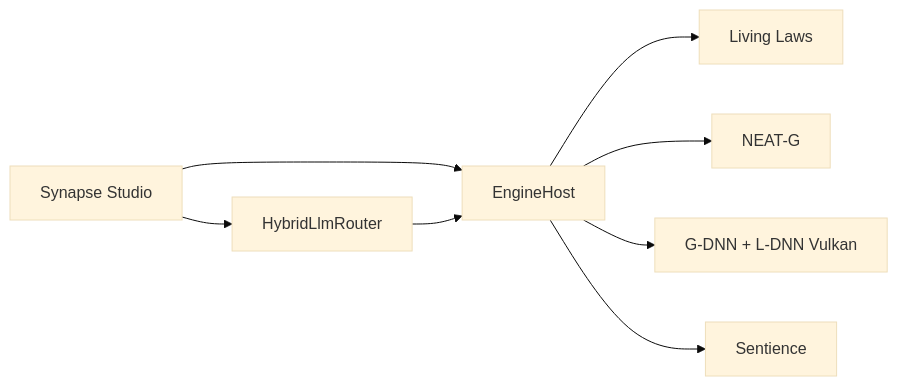
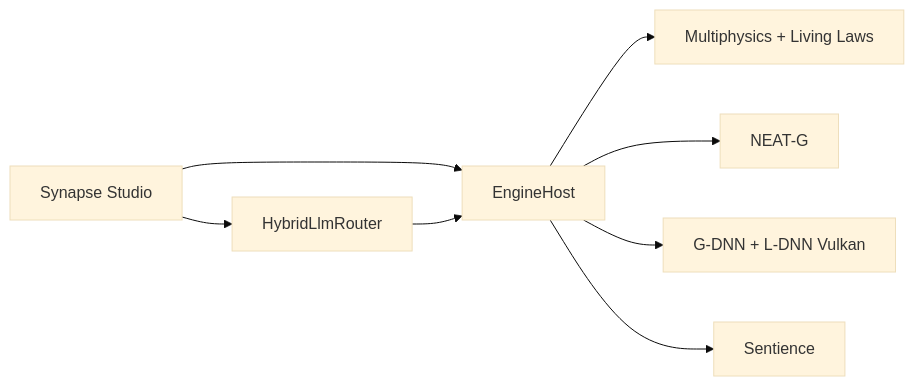
One commit to QuantumHacker10/Synapse changed the diagram in README.md. Above: the diagram before and after it, drawn with Mermaid (base theme). The commit also changed other lines of this file and 10 other files, not shown here.

````diff
--- a/README.md
+++ b/README.md
@@ -112,10 +112,10 @@
 ```mermaid
 flowchart LR
   Studio[Synapse Studio] --> Runtime[EngineHost]
-  Runtime --> Physics[Living Laws]
+  Runtime --> Physics[Multiphysics + Living Laws]
   Runtime --> AI[NEAT-G]
   Runtime --> Render[G-DNN + L-DNN Vulkan]
   Runtime --> Sim[Sentience]
   Studio --> LLM[HybridLlmRouter]
   LLM --> Runtime
 ```
````
